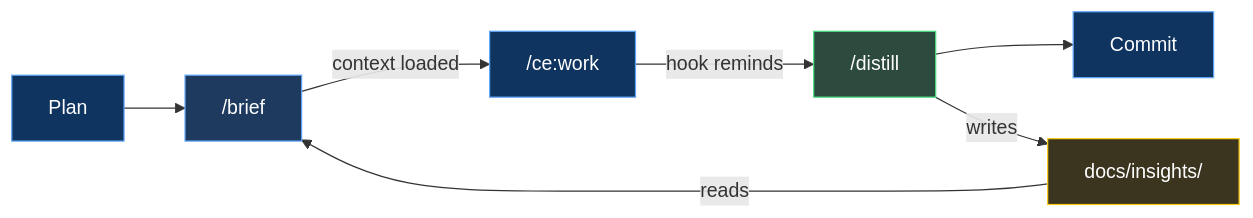
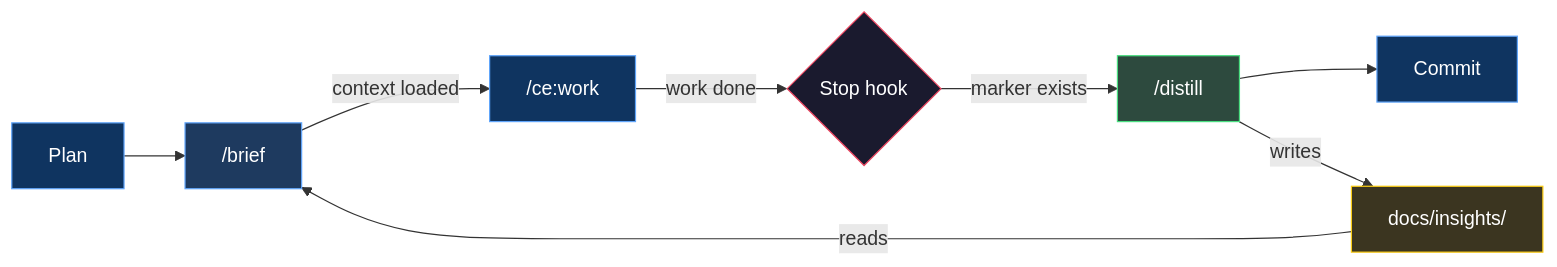
The third of 3 diagrams in projects/skills/distill-and-brief/README.md (mbriggsy/ai-learning-journey), drawn with Mermaid before and after one commit. The commit also changed other lines of this file and 6 other files, not shown here.

First line of the commit message:
hooks: Stop hook enforces /distill at end of work — full chain proven

````diff
--- a/projects/skills/distill-and-brief/README.md
+++ b/projects/skills/distill-and-brief/README.md
@@ -184,17 +189,19 @@
 ```mermaid
 flowchart LR
     PLAN["Plan"] --> BRIEF["/brief"]
     BRIEF -->|"context loaded"| EXECUTE["/ce:work"]
-    EXECUTE -->|"hook reminds"| DISTILL["/distill"]
+    EXECUTE -->|"work done"| STOP{"Stop hook"}
+    STOP -->|"marker exists"| DISTILL["/distill"]
     DISTILL --> COMMIT["Commit"]
 
     DISTILL -->|"writes"| KB["docs/insights/"]
     KB -->|"reads"| BRIEF
 
     style PLAN fill:#0f3460,stroke:#60a5fa,color:#fff
     style EXECUTE fill:#0f3460,stroke:#60a5fa,color:#fff
     style COMMIT fill:#0f3460,stroke:#60a5fa,color:#fff
+    style STOP fill:#1a1a2e,stroke:#e94560,color:#fff
     style DISTILL fill:#2d4a3e,stroke:#4ade80,color:#fff
     style KB fill:#3b3520,stroke:#facc15,color:#fff
     style BRIEF fill:#1e3a5f,stroke:#60a5fa,color:#fff
 ```
````
